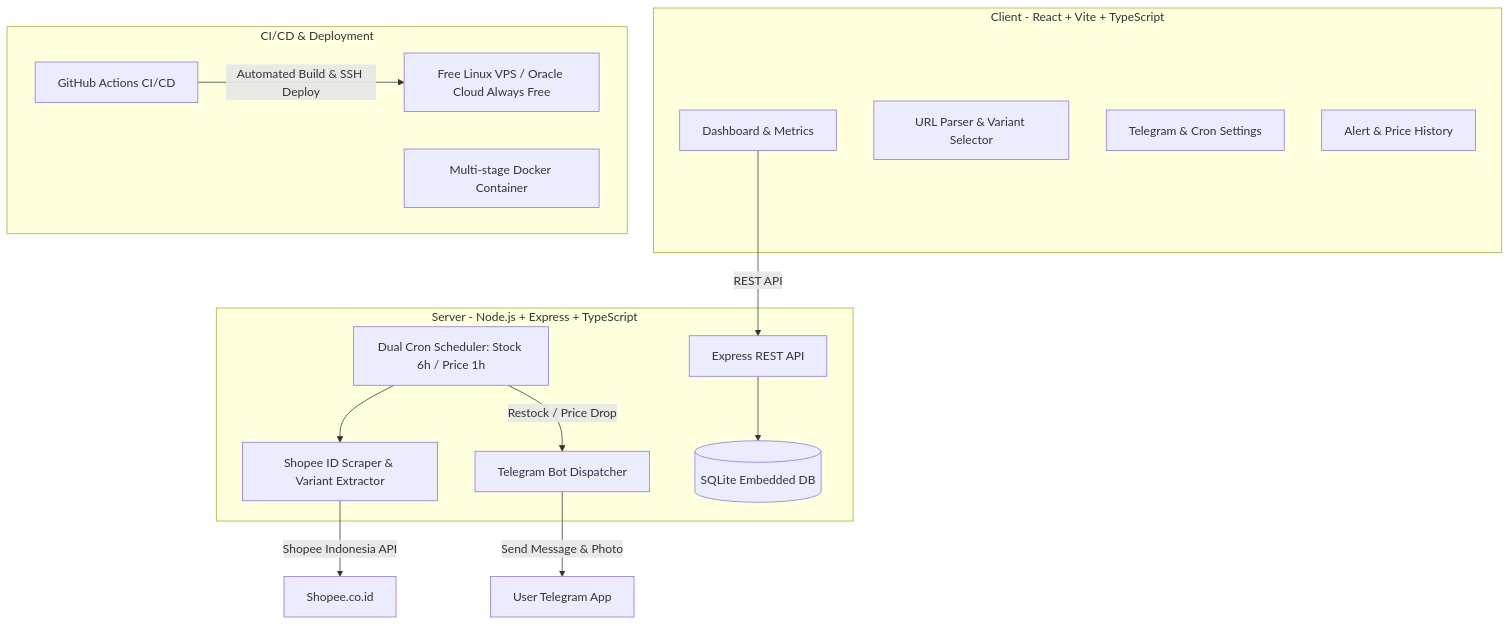
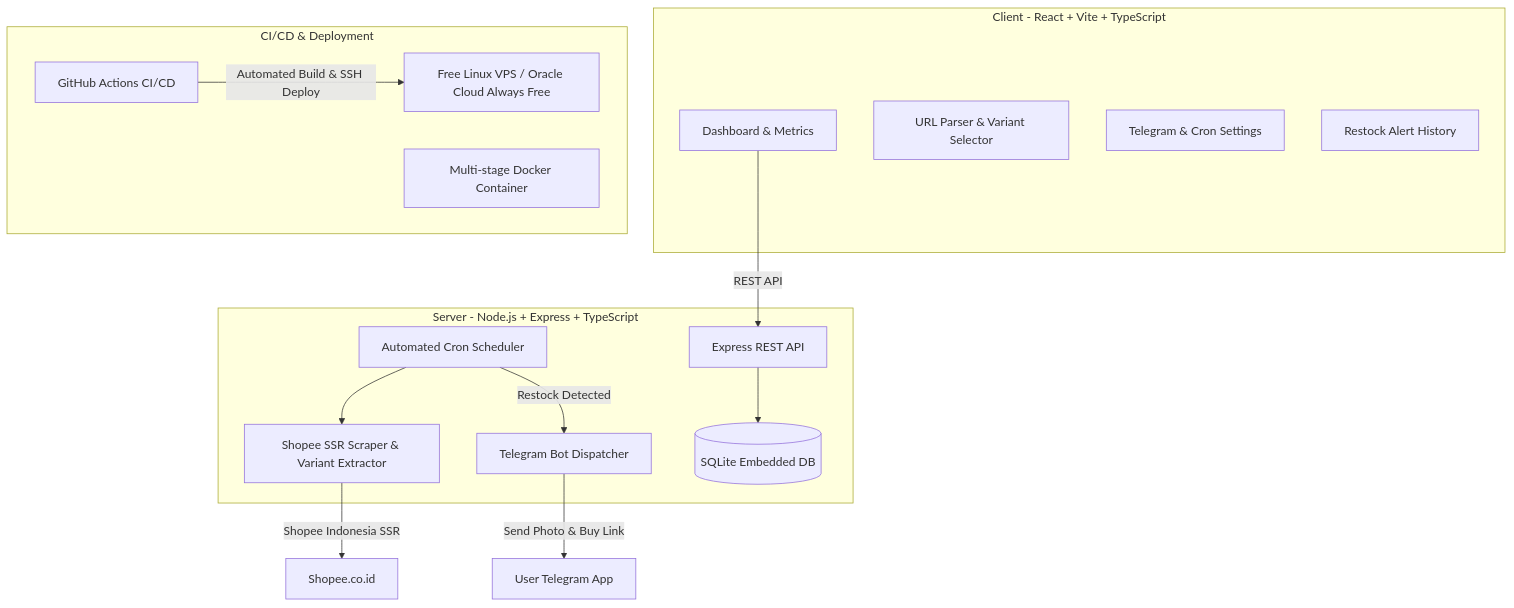
Before and after one commit to rafli-et-al/shopee-monitor: the diagram in README.md, drawn with Mermaid. The commit also changed other lines of this file and 14 other files, not shown here.

Commit message:
refactor: dropped price tracking & stock count feature

````diff
--- a/README.md
+++ b/README.md
@@ -16,31 +16,31 @@
 ```mermaid
 graph TD
     subgraph Frontend [Client - React + Vite + TypeScript]
         UI[Dashboard & Metrics]
         Preview[URL Parser & Variant Selector]
         SettingsUI[Telegram & Cron Settings]
-        LogsUI[Alert & Price History]
+        LogsUI[Restock Alert History]
     end
 
     subgraph Backend [Server - Node.js + Express + TypeScript]
         API[Express REST API]
-        Scraper[Shopee ID Scraper & Variant Extractor]
-        Scheduler[Dual Cron Scheduler: Stock 6h / Price 1h]
+        Scraper[Shopee SSR Scraper & Variant Extractor]
+        Scheduler[Automated Cron Scheduler]
         Telegram[Telegram Bot Dispatcher]
         DB[(SQLite Embedded DB)]
     end
 
     subgraph DevOps [CI/CD & Deployment]
         GH[GitHub Actions CI/CD]
         Docker[Multi-stage Docker Container]
         VPS[Free Linux VPS / Oracle Cloud Always Free]
     end
 
     UI -->|REST API| API
     API --> DB
     Scheduler --> Scraper
-    Scraper -->|Shopee Indonesia API| Shopee[Shopee.co.id]
-    Scheduler -->|Restock / Price Drop| Telegram
-    Telegram -->|Send Message & Photo| TGUser[User Telegram App]
+    Scraper -->|Shopee Indonesia SSR| Shopee[Shopee.co.id]
+    Scheduler -->|Restock Detected| Telegram
+    Telegram -->|Send Photo & Buy Link| TGUser[User Telegram App]
     GH -->|Automated Build & SSH Deploy| VPS
 ```
````
